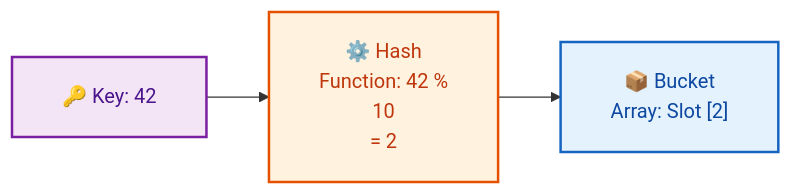
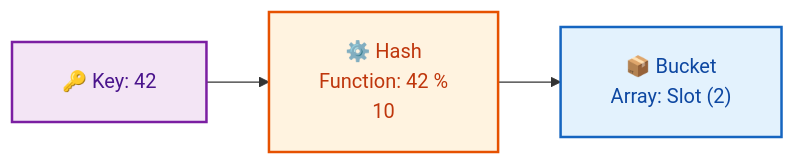
One commit to dip4k/DSA_102 changed the fifth of 7 diagrams in week_03_foundations_iii_sorting_and_hashing/Week_03_Visual_Concepts_Playbook_HYBRID.md. Above: the diagram before and after it, drawn with Mermaid. The commit also changed other lines of this file and 147 other files, not shown here.

First line of the commit message:
feat(curriculum): enrich Weeks 01-19 instructional modules & resolve repository-wide Mermaid cutoff

````diff
--- a/week_03_foundations_iii_sorting_and_hashing/Week_03_Visual_Concepts_Playbook_HYBRID.md
+++ b/week_03_foundations_iii_sorting_and_hashing/Week_03_Visual_Concepts_Playbook_HYBRID.md
@@ -466,13 +466,13 @@
 ```mermaid
 %%{init: {"flowchart": {"htmlLabels": true, "padding": 20}, "themeCSS": "foreignObject { overflow: visible !important; }"}}%%
 flowchart LR
     classDef key fill:#f3e5f5,stroke:#7b1fa2,stroke-width:2px,color:#4a148c
     classDef hash fill:#fff3e0,stroke:#e65100,stroke-width:2px,color:#bf360c
     classDef bucket fill:#e3f2fd,stroke:#1565c0,stroke-width:2px,color:#0d47a1
 
     Key["🔑 Key: 42"]:::key
-    Hash["⚙️ Hash<br/>Function: 42 %<br/>10<br/>= 2"]:::hash
-    Bucket["📦 Bucket<br/>Array: Slot [2]"]:::bucket
+    Hash["⚙️ Hash<br/>Function: 42 %<br/>10<br/&ge; 2"]:::hash
+    Bucket["📦 Bucket<br/>Array: Slot (2)"]:::bucket
 
     Key --> Hash --> Bucket
 ```
````
